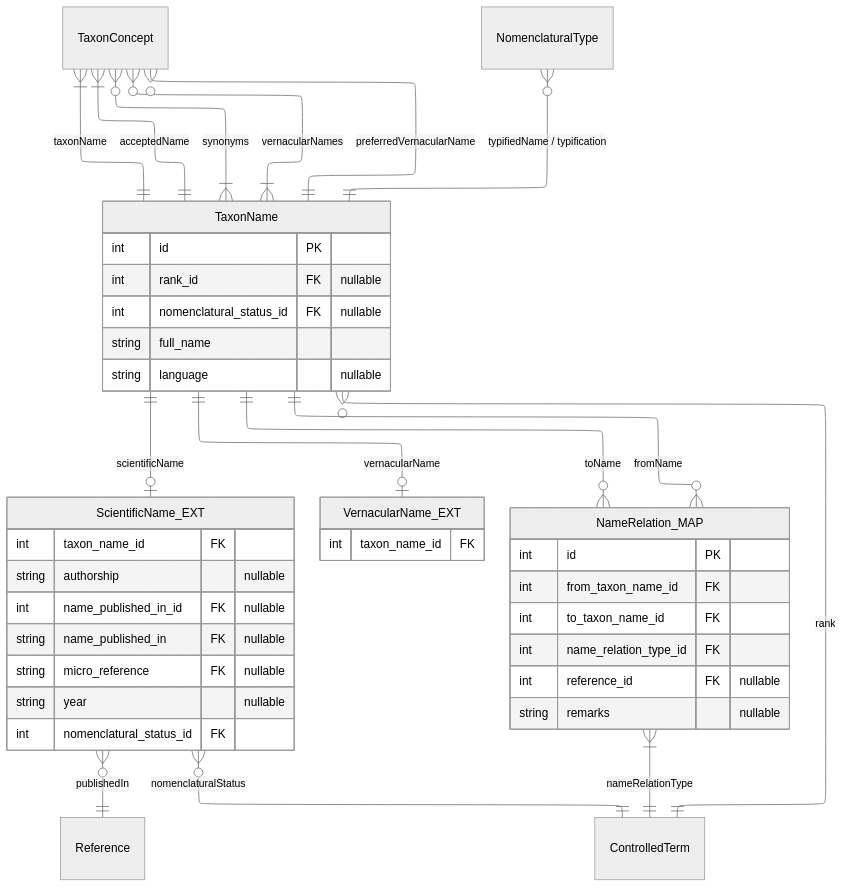
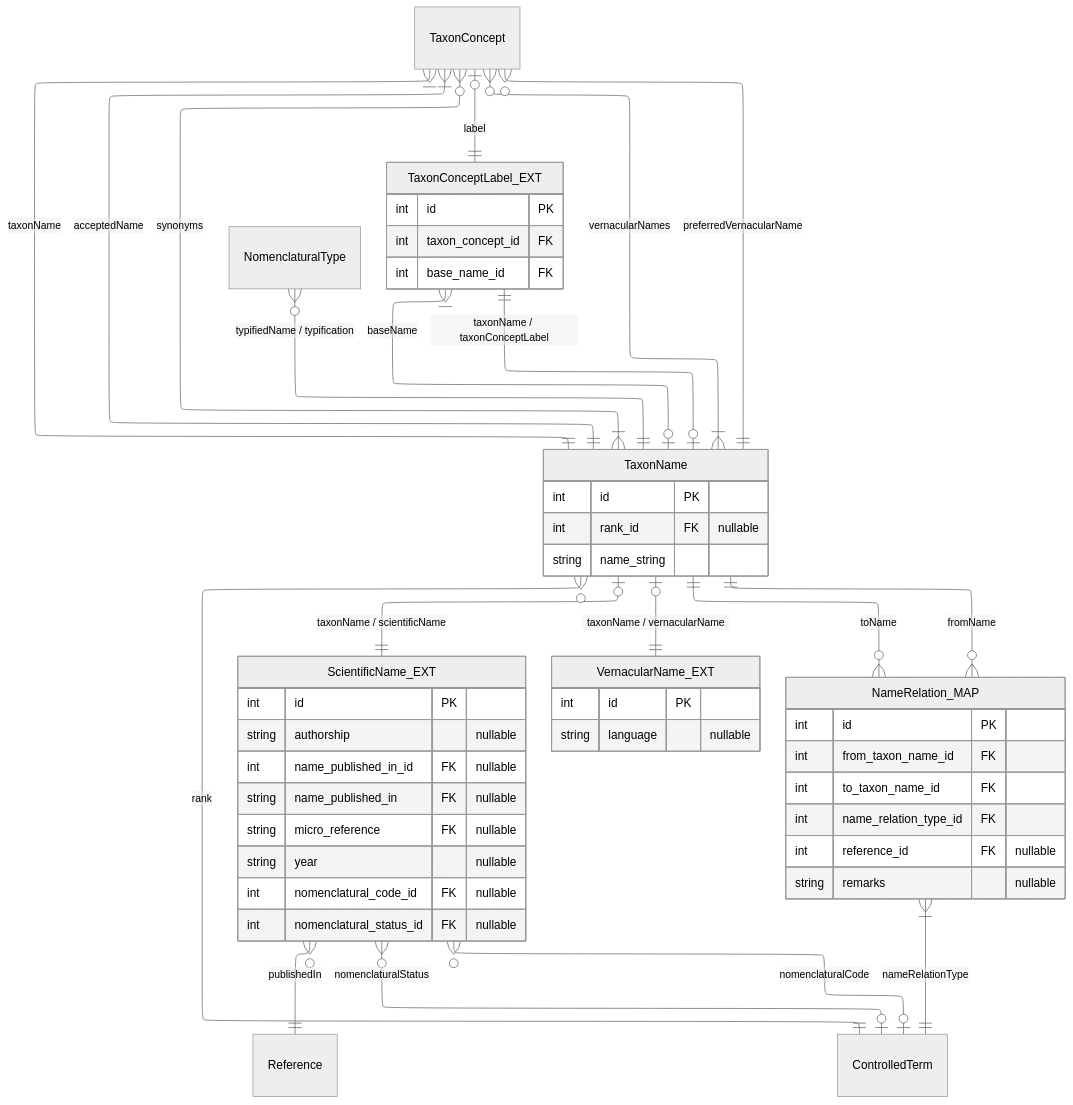
Before and after one commit to vicflora/vicflora-data-model-2026: the third of 19 diagrams in docs/layers.md, drawn with Mermaid (neutral theme). The commit also changed other lines of this file, not shown here.

````diff
--- a/docs/layers.md
+++ b/docs/layers.md
@@ -85,54 +85,64 @@
 ```mermaid
 ---
 config:
     layout: elk
 ---
 erDiagram
     TaxonConcept }|--|| TaxonName : "taxonName"
     TaxonConcept }|--|| TaxonName : "acceptedName"
     TaxonConcept }o--|{ TaxonName : "synonyms"
     TaxonConcept }o--|{ TaxonName : "vernacularNames"
     TaxonConcept }o--|| TaxonName : "preferredVernacularName"
     NomenclaturalType }o--|| TaxonName : "typifiedName / typification"
-    TaxonName ||--o| ScientificName_EXT : "scientificName"
+    TaxonName |o--|| ScientificName_EXT : "taxonName / scientificName"
     ScientificName_EXT }o--|| Reference : "publishedIn"
-    TaxonName ||--o| VernacularName_EXT : "vernacularName"
+    TaxonName |o--|| VernacularName_EXT : "taxonName / vernacularName"
     TaxonName }o--|| ControlledTerm : "rank"
-    ScientificName_EXT }o--|| ControlledTerm: "nomenclaturalStatus"
+    ScientificName_EXT }o--o| ControlledTerm: "nomenclaturalStatus"
+    ScientificName_EXT }o--o| ControlledTerm: "nomenclaturalCode"
+    TaxonName |o--|| TaxonConceptLabel_EXT : "taxonName / taxonConceptLabel"
+    TaxonConcept |o--|| TaxonConceptLabel_EXT : "label"
+    TaxonConceptLabel_EXT }|--o| TaxonName : baseName
     
     %% The Syntactic Relationships
     TaxonName ||--o{ NameRelation_MAP : "fromName"
     TaxonName ||--o{ NameRelation_MAP : "toName"
     NameRelation_MAP }|--|| ControlledTerm : "nameRelationType"
 
     TaxonName {
         int id PK
         int rank_id FK "nullable"
-        int nomenclatural_status_id FK "nullable"
-        string full_name
-        string language "nullable"
+        string name_string
     }
 
     ScientificName_EXT {
-        int taxon_name_id FK
+        int id PK
         string authorship "nullable"
         int name_published_in_id FK "nullable"
         string name_published_in FK "nullable"
         string micro_reference FK "nullable"
         string year "nullable"
-        int nomenclatural_status_id FK
+        int nomenclatural_code_id FK "nullable"
+        int nomenclatural_status_id FK "nullable"
     }
 
     VernacularName_EXT {
-        int taxon_name_id FK
+        int id PK
+        string language "nullable"
+    }
+
+    TaxonConceptLabel_EXT {
+      int id PK
+      int taxon_concept_id FK
+      int base_name_id FK
     }
 
     NameRelation_MAP {
         int id PK
         int from_taxon_name_id FK
         int to_taxon_name_id FK
         int name_relation_type_id FK
         int reference_id FK "nullable"
         string remarks "nullable"
     }
 ```
````
